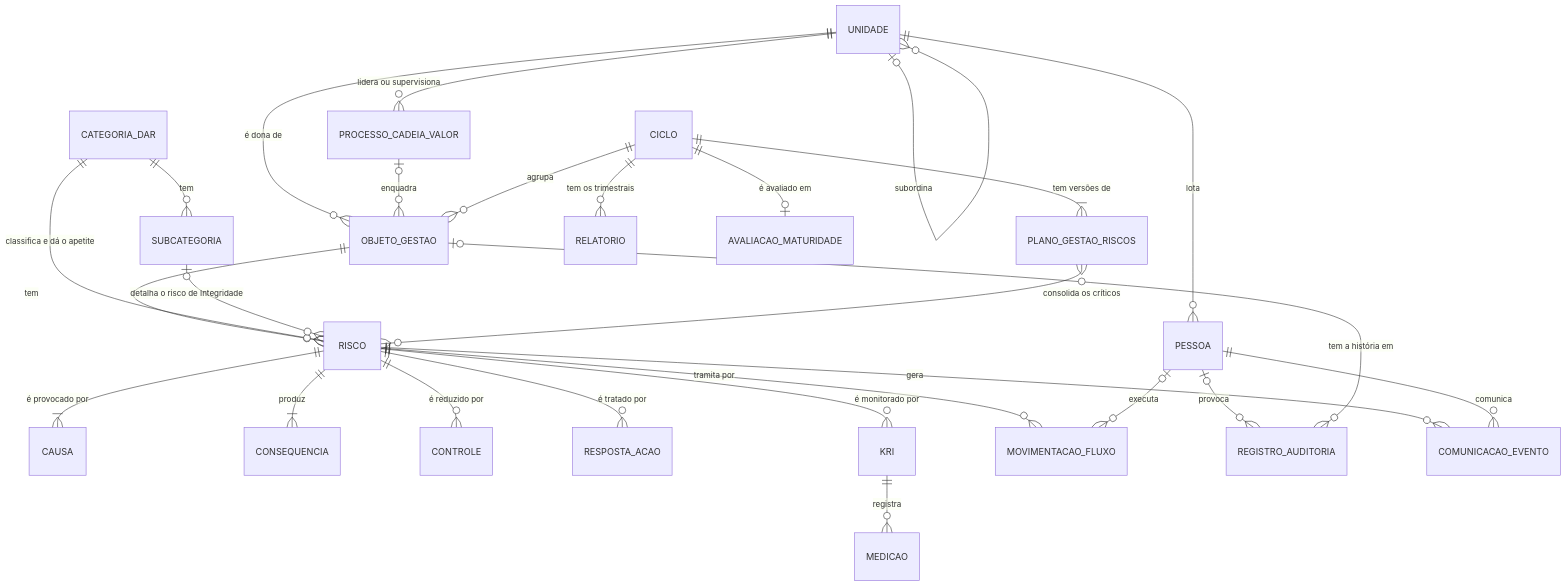
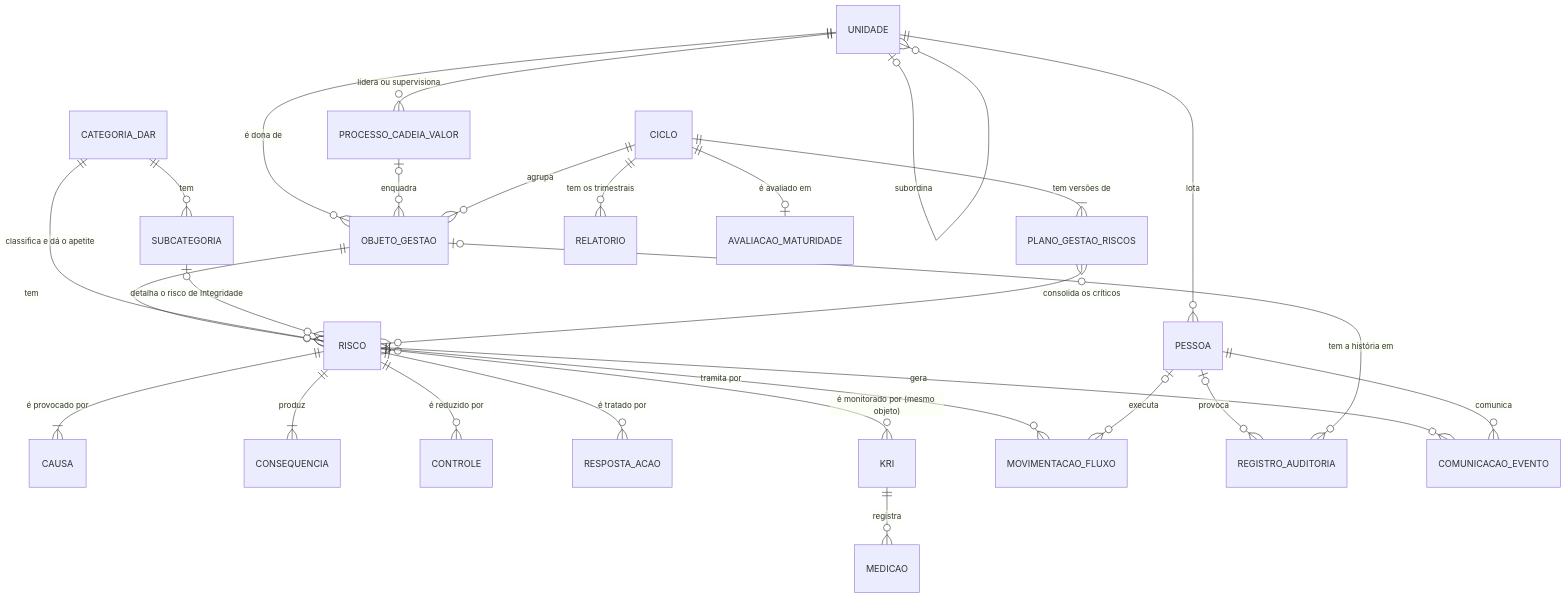
Before and after one commit to lpchagas/cgov-riscos: the diagram in docs/40-nivel4-dados/mer-conceitual.md, drawn with Mermaid. The commit also changed other lines of this file and 14 other files, not shown here.

````diff
--- a/docs/40-nivel4-dados/mer-conceitual.md
+++ b/docs/40-nivel4-dados/mer-conceitual.md
@@ -63,35 +63,35 @@
 ```mermaid
 erDiagram
     UNIDADE |o--o{ UNIDADE : "subordina"
     UNIDADE ||--o{ PESSOA : "lota"
     UNIDADE ||--o{ PROCESSO_CADEIA_VALOR : "lidera ou supervisiona"
     UNIDADE ||--o{ OBJETO_GESTAO : "é dona de"
     PROCESSO_CADEIA_VALOR |o--o{ OBJETO_GESTAO : "enquadra"
     OBJETO_GESTAO ||--o{ RISCO : "tem"
     CATEGORIA_DAR ||--o{ RISCO : "classifica e dá o apetite"
     CATEGORIA_DAR ||--o{ SUBCATEGORIA : "tem"
     SUBCATEGORIA |o--o{ RISCO : "detalha o risco de Integridade"
     RISCO ||--|{ CAUSA : "é provocado por"
     RISCO ||--|{ CONSEQUENCIA : "produz"
     RISCO ||--o{ CONTROLE : "é reduzido por"
     RISCO ||--o{ RESPOSTA_ACAO : "é tratado por"
-    RISCO ||--o{ KRI : "é monitorado por"
+    RISCO }o--o{ KRI : "é monitorado por (mesmo objeto)"
     KRI ||--o{ MEDICAO : "registra"
     RISCO ||--o{ MOVIMENTACAO_FLUXO : "tramita por"
     PESSOA |o--o{ MOVIMENTACAO_FLUXO : "executa"
     PESSOA |o--o{ REGISTRO_AUDITORIA : "provoca"
     OBJETO_GESTAO |o--o{ REGISTRO_AUDITORIA : "tem a história em"
 
     %% proposta LAC-01 e LAC-10
     CICLO ||--o{ OBJETO_GESTAO : "agrupa"
     %% proposta LAC-01, LAC-02 e LAC-07
     CICLO ||--|{ PLANO_GESTAO_RISCOS : "tem versões de"
     PLANO_GESTAO_RISCOS }o--o{ RISCO : "consolida os críticos"
     %% proposta LAC-04
     RISCO ||--o{ COMUNICACAO_EVENTO : "gera"
     PESSOA ||--o{ COMUNICACAO_EVENTO : "comunica"
     %% proposta LAC-05
     CICLO ||--o{ RELATORIO : "tem os trimestrais"
     %% proposta LAC-06
     CICLO ||--o| AVALIACAO_MATURIDADE : "é avaliado em"
 ```
````
